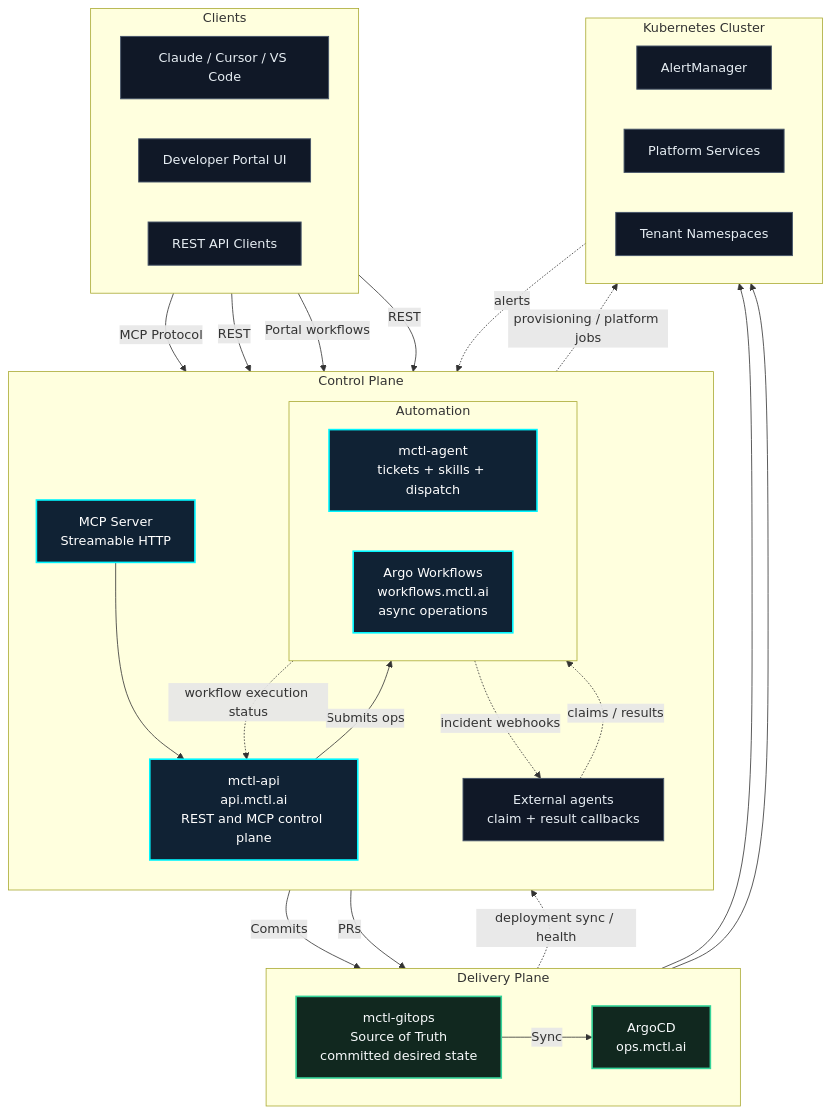
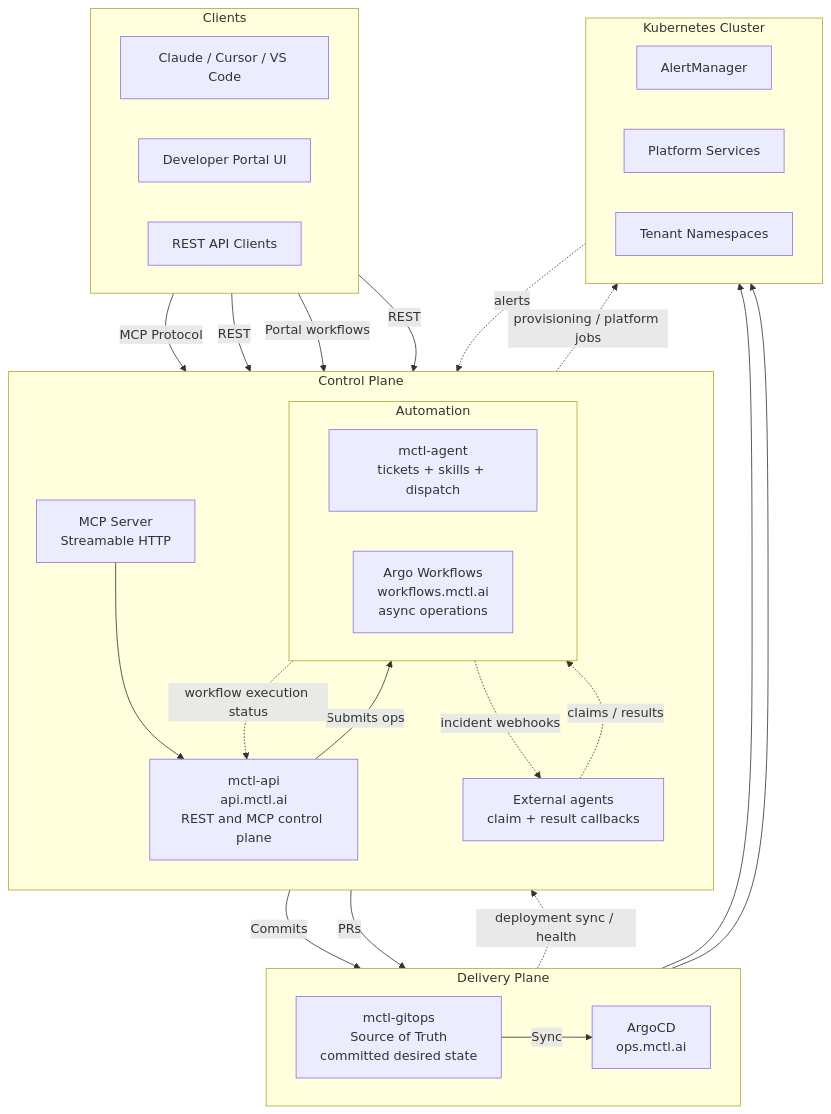
Before and after one commit to mctlhq/mctl-docs: the diagram in docs/platform/architecture.md, drawn with Mermaid. The commit also changed 10 other files, not shown here.

````diff
--- a/docs/platform/architecture.md
+++ b/docs/platform/architecture.md
@@ -7,66 +7,63 @@
 ```mermaid
 graph TB
-    classDef core fill:#102234,stroke:#00f5ff,color:#ffffff,stroke-width:2px
-    classDef delivery fill:#11281f,stroke:#34d399,color:#f8fafc,stroke-width:2px
-    classDef muted fill:#101827,stroke:#475569,color:#e6edf3,stroke-width:1.2px
 
     subgraph Clients
         direction LR
         clientClaude["Claude / Cursor / VS Code"]
         clientPortal["Developer Portal UI"]
         clientApi["REST API Clients"]
     end
 
     subgraph "Control Plane"
         direction TB
         controlMcp["MCP Server\nStreamable HTTP"]
         controlApi["mctl-api\napi.mctl.ai\nREST and MCP control plane"]
         subgraph controlAutomation["Automation"]
             direction LR
             controlAgent["mctl-agent\ntickets + skills + dispatch"]
             controlWorkflows["Argo Workflows\nworkflows.mctl.ai\nasync operations"]
         end
         controlExternal["External agents\nclaim + result callbacks"]
     end
 
     subgraph "Delivery Plane"
         direction LR
         gitopsRepo["mctl-gitops\nSource of Truth\ncommitted desired state"]
         gitopsArgo["ArgoCD\nops.mctl.ai"]
     end
 
     subgraph "Kubernetes Cluster"
         direction LR
         clusterAlerts["AlertManager"]
         clusterPlatform["Platform Services"]
         clusterTenants["Tenant Namespaces"]
     end
 
     class controlMcp,controlApi,controlAgent,controlWorkflows core
     class gitopsRepo,gitopsArgo delivery
     class clientClaude,clientPortal,clientApi,clusterPlatform,clusterAlerts,clusterTenants,controlExternal muted
 
     clientClaude -->|MCP Protocol| controlMcp
     clientPortal -->|REST| controlApi
     clientPortal -->|Portal workflows| controlWorkflows
     clientApi -->|REST| controlApi
     controlMcp --> controlApi
 
     controlApi -->|Submits ops| controlWorkflows
     controlWorkflows -->|Commits| gitopsRepo
     controlAgent -->|PRs| gitopsRepo
     controlAgent -. incident webhooks .-> controlExternal
     controlExternal -. claims / results .-> controlAgent
     gitopsRepo -->|Sync| gitopsArgo
     gitopsArgo --> clusterPlatform
     gitopsArgo --> clusterTenants
     controlWorkflows -. provisioning / platform jobs .-> clusterPlatform
     gitopsArgo -. deployment sync / health .-> controlApi
     controlWorkflows -. workflow execution status .-> controlApi
 
     clusterAlerts -. alerts .-> controlAgent
 
     click controlApi href "https://api.mctl.ai/docs" "Open API documentation"
     click controlWorkflows href "https://workflows.mctl.ai" "Open workflows.mctl.ai"
     click gitopsArgo href "https://ops.mctl.ai" "Open ops.mctl.ai"
 ```
````
